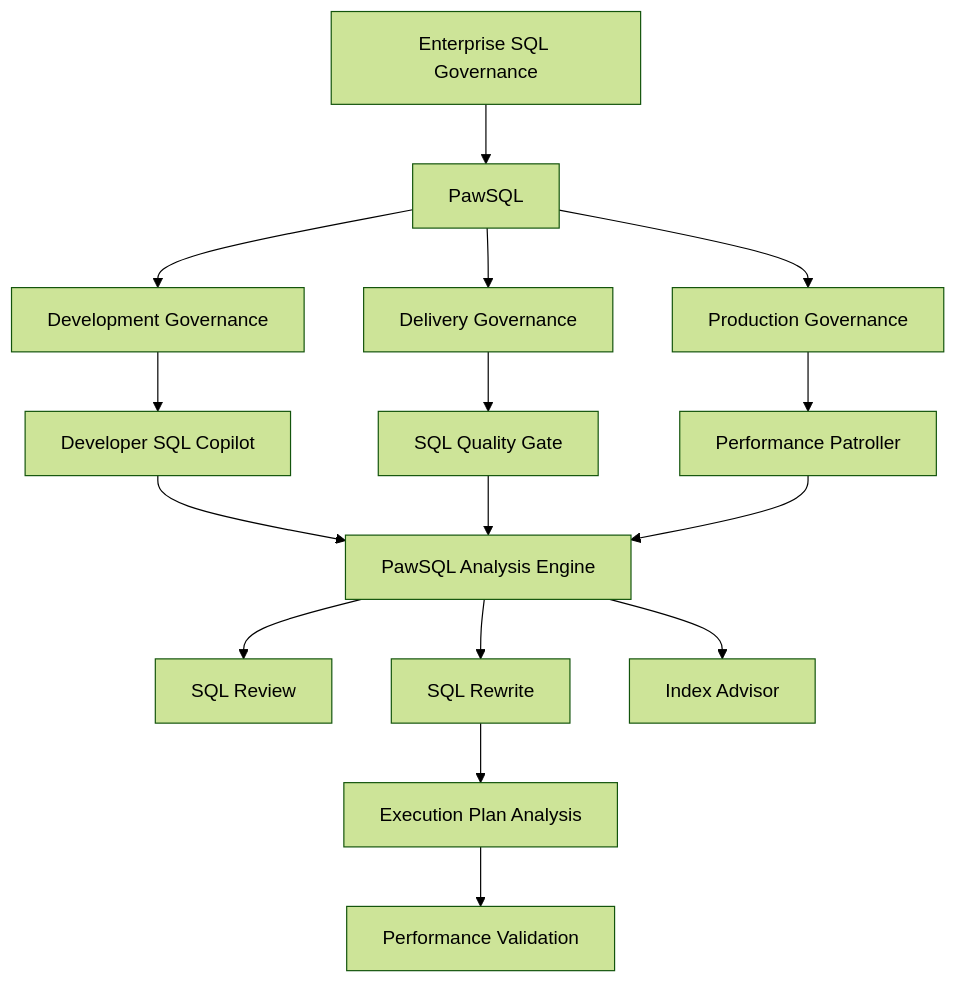
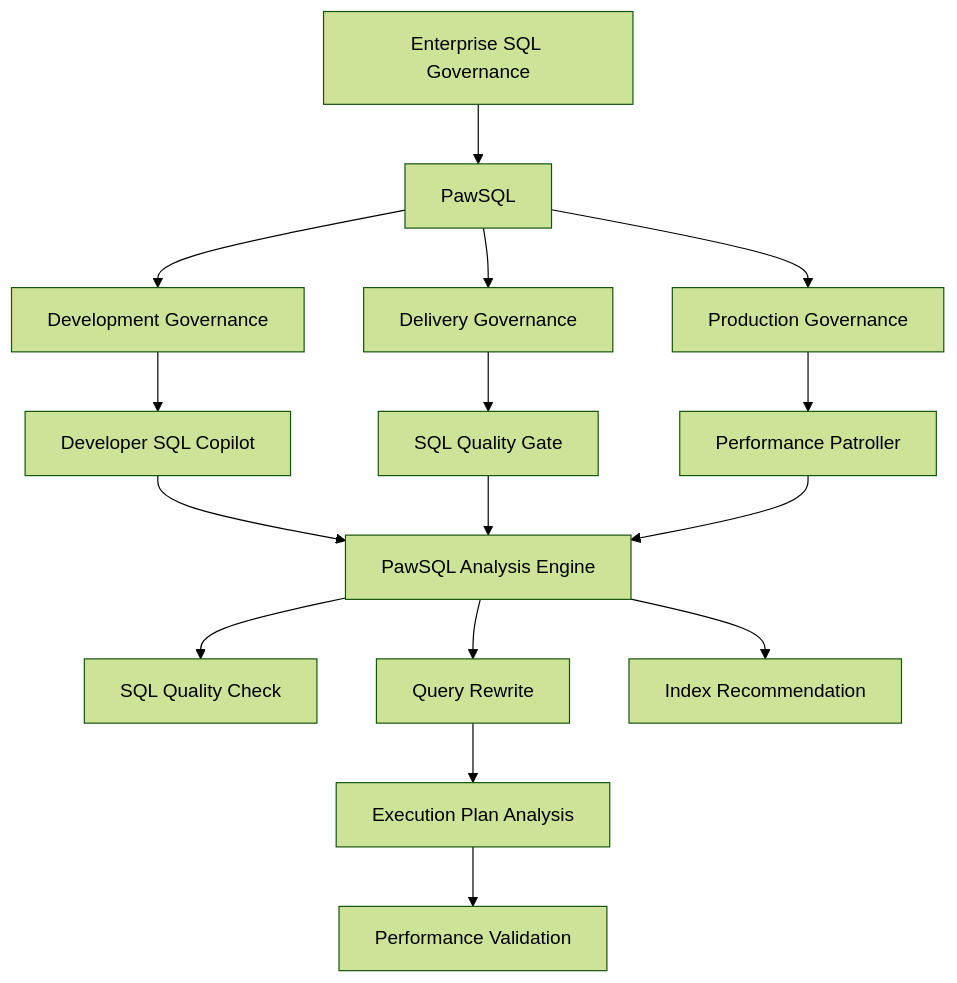
The fifth of 21 diagrams in docs/en/use-cases/enterprise-sql-governance.mdx (PawSQL/pawsql-docs-mantlify), drawn with Mermaid (forest theme) before and after one commit. The commit also changed other lines of this file and 143 other files, not shown here.

````diff
--- a/docs/en/use-cases/enterprise-sql-governance.mdx
+++ b/docs/en/use-cases/enterprise-sql-governance.mdx
@@ -251,18 +251,18 @@
 ```mermaid
 flowchart TD
     A["Enterprise SQL Governance"] --> B["PawSQL"]
     B --> C["Development Governance"]
     B --> D["Delivery Governance"]
     B --> E["Production Governance"]
     C --> F["Developer SQL Copilot"]
     D --> G["SQL Quality Gate"]
     E --> H["Performance Patroller"]
     F --> I["PawSQL Analysis Engine"]
     G --> I
     H --> I
-    I --> J["SQL Review"]
-    I --> K["SQL Rewrite"]
-    I --> L["Index Advisor"]
+    I --> J["SQL Quality Check"]
+    I --> K["Query Rewrite"]
+    I --> L["Index Recommendation"]
     K --> M["Execution Plan Analysis"]
     M --> N["Performance Validation"]
 ```
````
